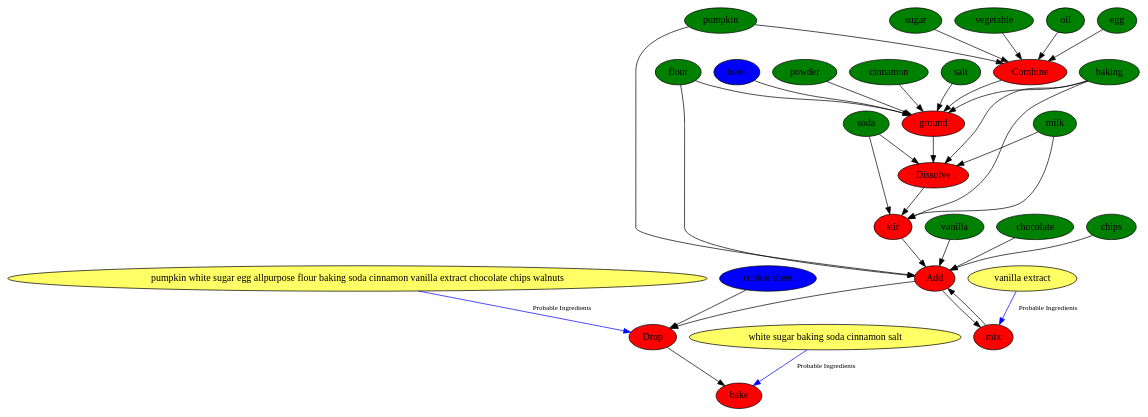
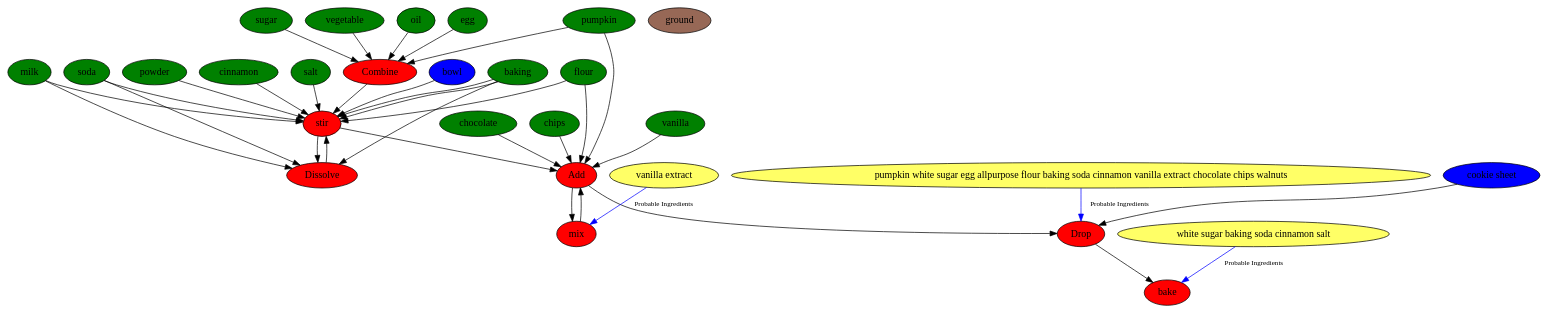
Before and after one commit to can-keklik/RecipePostagger: the diagram in results/result121-3.dot, drawn with Graphviz. The commit also changed 2 other files, not shown here.

```diff
--- a/results/result121-3.dot
+++ b/results/result121-3.dot
@@ -1,69 +1,69 @@
 digraph G {
 Combine [style=filled, fillcolor=red];
 pumpkin [style=filled, fillcolor=green];
 sugar [style=filled, fillcolor=green];
 vegetable [style=filled, fillcolor=green];
 oil [style=filled, fillcolor=green];
 egg [style=filled, fillcolor=green];
 bowl [style=filled, fillcolor="#0000ff"];
+stir [style=filled, fillcolor=red];
 flour [style=filled, fillcolor=green];
 baking [style=filled, fillcolor=green];
 powder [style=filled, fillcolor=green];
 ground [style=filled, fillcolor="#976856"];
-ground [style=filled, fillcolor=red];
 cinnamon [style=filled, fillcolor=green];
 salt [style=filled, fillcolor=green];
 Dissolve [style=filled, fillcolor=red];
 baking [style=filled, fillcolor=green];
 soda [style=filled, fillcolor=green];
 milk [style=filled, fillcolor=green];
 stir [style=filled, fillcolor=red];
 Add [style=filled, fillcolor=red];
 flour [style=filled, fillcolor=green];
 pumpkin [style=filled, fillcolor=green];
 mix [style=filled, fillcolor=red];
 "vanilla extract" [style=filled, fillcolor="#ffff66"];
 Add [style=filled, fillcolor=red];
 vanilla [style=filled, fillcolor=green];
 chocolate [style=filled, fillcolor=green];
 chips [style=filled, fillcolor=green];
 Drop [style=filled, fillcolor=red];
 "cookie sheet" [style=filled, fillcolor="#0000ff"];
 "pumpkin white sugar egg allpurpose flour baking soda cinnamon vanilla extract chocolate chips walnuts" [style=filled, fillcolor="#ffff66"];
 bake [style=filled, fillcolor=red];
 "white sugar baking soda cinnamon salt" [style=filled, fillcolor="#ffff66"];
-Combine -> ground;
-ground -> Dissolve;
+Combine -> stir;
+stir -> Dissolve;
 Dissolve -> stir;
 stir -> Add;
 Add -> mix;
 mix -> Add;
 Add -> Drop;
 Drop -> bake;
 pumpkin -> Combine;
 sugar -> Combine;
 vegetable -> Combine;
 oil -> Combine;
 egg -> Combine;
-flour -> ground;
-baking -> ground;
-powder -> ground;
-cinnamon -> ground;
-salt -> ground;
+flour -> stir;
+baking -> stir;
+powder -> stir;
+cinnamon -> stir;
+salt -> stir;
 baking -> Dissolve;
 soda -> Dissolve;
 milk -> Dissolve;
 baking -> stir;
 soda -> stir;
 milk -> stir;
 flour -> Add;
 pumpkin -> Add;
 vanilla -> Add;
 chocolate -> Add;
 chips -> Add;
-bowl -> ground;
+bowl -> stir;
 "cookie sheet" -> Drop;
 "vanilla extract" -> mix  [color=blue, labelfontcolor="#009933", fontsize="10.0", label="Probable Ingredients"];
 "pumpkin white sugar egg allpurpose flour baking soda cinnamon vanilla extract chocolate chips walnuts" -> Drop  [color=blue, labelfontcolor="#009933", fontsize="10.0", label="Probable Ingredients"];
 "white sugar baking soda cinnamon salt" -> bake  [color=blue, labelfontcolor="#009933", fontsize="10.0", label="Probable Ingredients"];
 }
```
